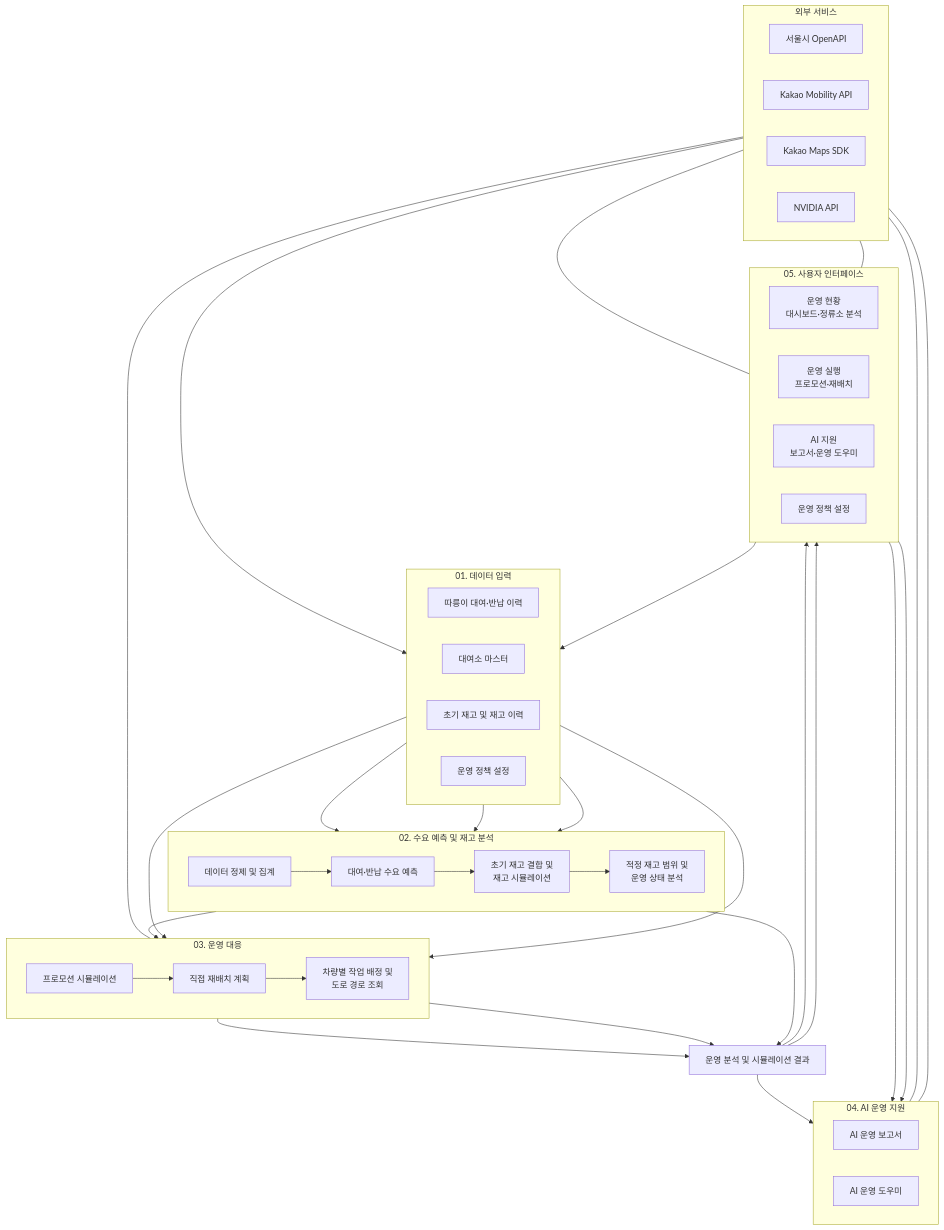
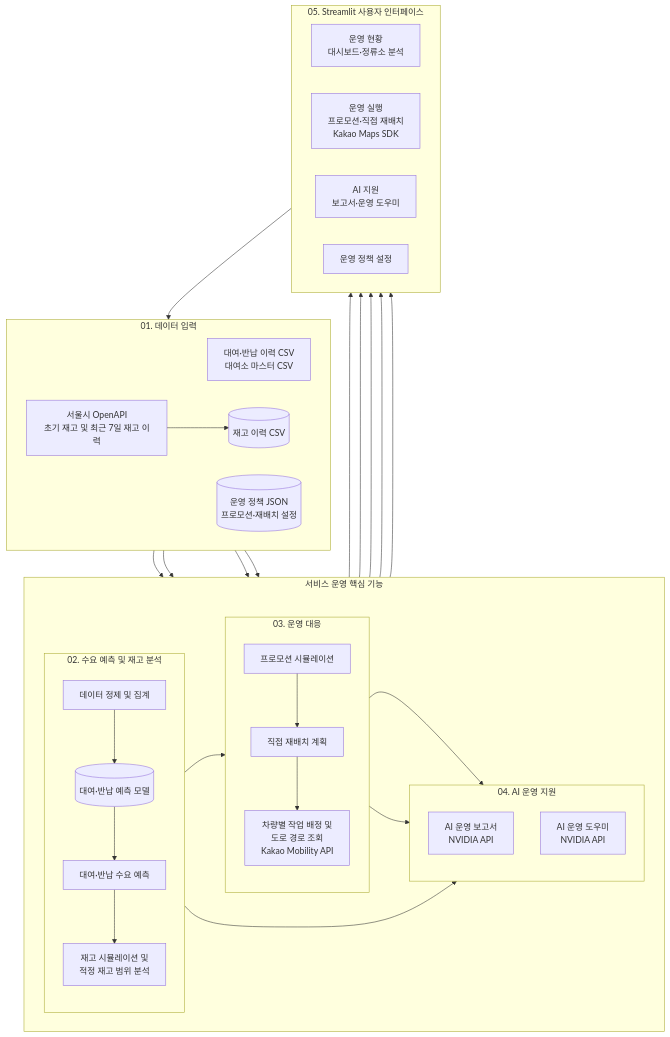
One commit to DDylan05/GoruFleet changed the second of 2 diagrams in readme.md. Above: the diagram before and after it, drawn with Mermaid.

````diff
--- a/readme.md
+++ b/readme.md
@@ -192,82 +192,71 @@
 ```mermaid
 flowchart TB
 
     subgraph DATA["01. 데이터 입력"]
         direction LR
-        D1["따릉이 대여·반납 이력"]
-        D2["대여소 마스터"]
-        D3["초기 재고 및 재고 이력"]
-        D4["운영 정책 설정"]
+        D1["대여·반납 이력 CSV<br/>대여소 마스터 CSV"]
+        D2["서울시 OpenAPI<br/>초기 재고 및 최근 7일 재고 이력"]
+        D3[("재고 이력 CSV")]
+        D4[("운영 정책 JSON<br/>프로모션·재배치 설정")]
+
+        D2 --> D3
     end
 
-    subgraph ANALYSIS["02. 수요 예측 및 재고 분석"]
+    subgraph CORE["서비스 운영 핵심 기능"]
         direction LR
-        A1["데이터 정제 및 집계"]
-        A2["대여·반납 수요 예측"]
-        A3["초기 재고 결합 및<br/>재고 시뮬레이션"]
-        A4["적정 재고 범위 및<br/>운영 상태 분석"]
 
-        A1 --> A2 --> A3 --> A4
+        subgraph ANALYSIS["02. 수요 예측 및 재고 분석"]
+            direction TB
+            A1["데이터 정제 및 집계"]
+            A2[("대여·반납 예측 모델")]
+            A3["대여·반납 수요 예측"]
+            A4["재고 시뮬레이션 및<br/>적정 재고 범위 분석"]
+
+            A1 --> A2 --> A3 --> A4
+        end
+
+        subgraph OPERATIONS["03. 운영 대응"]
+            direction TB
+            O1["프로모션 시뮬레이션"]
+            O2["직접 재배치 계획"]
+            O3["차량별 작업 배정 및<br/>도로 경로 조회<br/>Kakao Mobility API"]
+
+            O1 --> O2 --> O3
+        end
+
+        subgraph AI["04. AI 운영 지원"]
+            direction TB
+            AI1["AI 운영 보고서<br/>NVIDIA API"]
+            AI2["AI 운영 도우미<br/>NVIDIA API"]
+        end
     end
 
-    subgraph DECISION["03. 운영 대응"]
-        direction LR
-        O1["프로모션 시뮬레이션"]
-        O2["직접 재배치 계획"]
-        O3["차량별 작업 배정 및<br/>도로 경로 조회"]
-
-        O1 --> O2 --> O3
-    end
-
-    subgraph AI["04. AI 운영 지원"]
-        direction LR
-        AI1["AI 운영 보고서"]
-        AI2["AI 운영 도우미"]
-    end
-
-    R["운영 분석 및 시뮬레이션 결과"]
-
-    subgraph APP["05. 사용자 인터페이스"]
+    subgraph APP["05. Streamlit 사용자 인터페이스"]
         direction LR
         U1["운영 현황<br/>대시보드·정류소 분석"]
-        U2["운영 실행<br/>프로모션·재배치"]
+        U2["운영 실행<br/>프로모션·직접 재배치<br/>Kakao Maps SDK"]
         U3["AI 지원<br/>보고서·운영 도우미"]
         U4["운영 정책 설정"]
     end
 
-    subgraph API["외부 서비스"]
-        direction LR
-        X1["서울시 OpenAPI"]
-        X2["Kakao Mobility API"]
-        X3["Kakao Maps SDK"]
-        X4["NVIDIA API"]
-    end
+    D1 --> A1
+    D3 --> A4
 
-    D1 --> A1
-    D2 --> A1
-    X1 --> D3
-    D3 --> A3
-
-    A4 --> R
     A4 --> O1
-
     D4 --> O1
     D4 --> O2
 
-    O1 --> R
-    O3 --> R
+    A4 --> AI1
+    O1 --> AI1
+    O3 --> AI1
 
-    R --> AI1
-    R --> U1
-    R --> U2
+    A4 --> U1
+    O1 --> U2
+    O3 --> U2
+
+    AI1 --> U3
+    AI2 --> U3
 
     U4 --> D4
-    X2 --- O3
-    X3 --- U1
-    X3 --- U2
 
-    AI1 --- X4
-    AI2 --- X4
-    U1 --> AI2
-    U2 --> AI2
 ```
````
